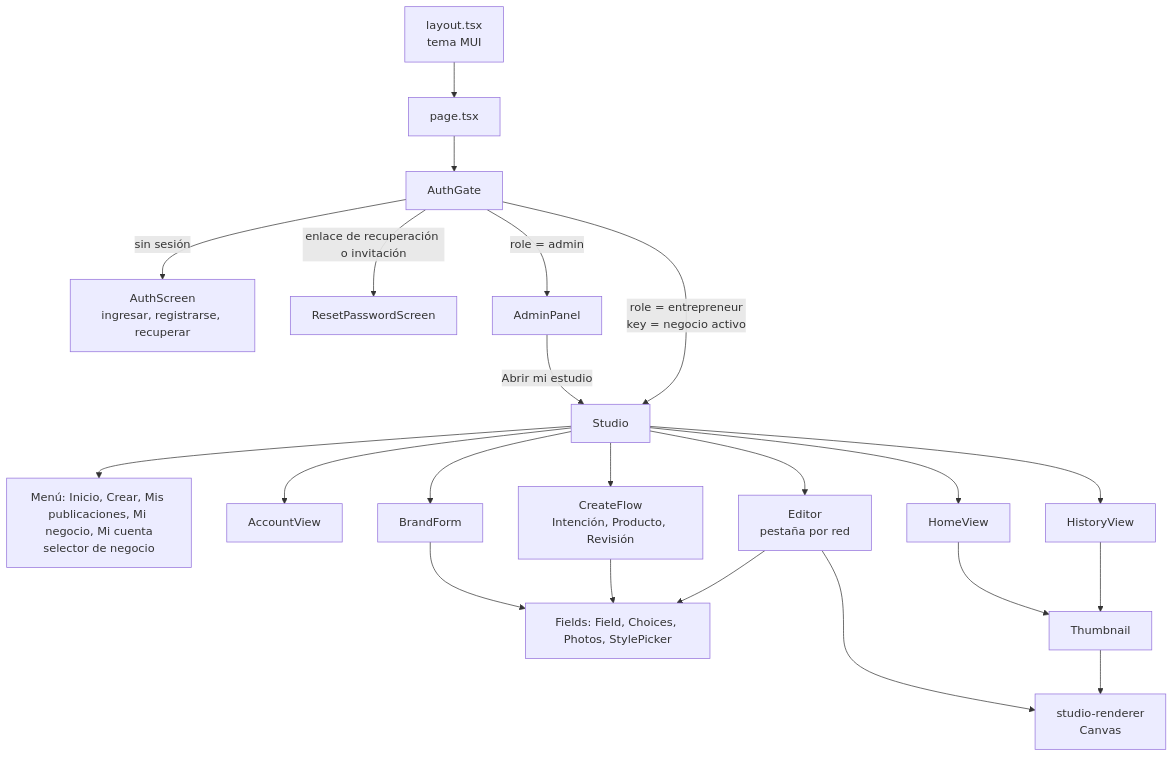
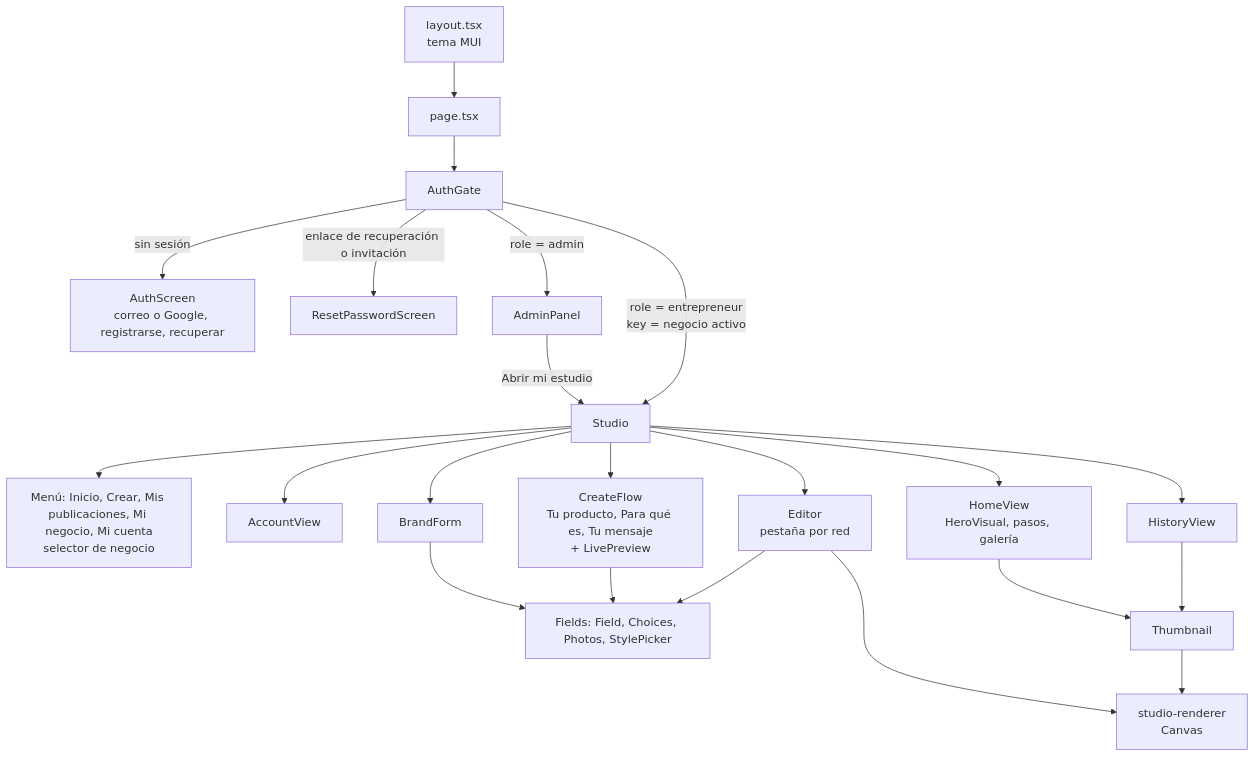
One commit to JeffersonVargasH/proj-automatizacion changed the fourth of 14 diagrams in README.md. Above: the diagram before and after it, drawn with Mermaid. The commit also changed other lines of this file and 20 other files, not shown here.

````diff
--- a/README.md
+++ b/README.md
@@ -317,24 +336,24 @@
 ```mermaid
 flowchart TD
   L["layout.tsx<br/>tema MUI"] --> P["page.tsx"] --> AG["AuthGate"]
-  AG -->|"sin sesión"| LOGIN["AuthScreen<br/>ingresar, registrarse, recuperar"]
+  AG -->|"sin sesión"| LOGIN["AuthScreen<br/>correo o Google, registrarse, recuperar"]
   AG -->|"enlace de recuperación o invitación"| RESET["ResetPasswordScreen"]
   AG -->|"role = admin"| ADM["AdminPanel"]
   ADM -->|"Abrir mi estudio"| ST
   AG -->|"role = entrepreneur<br/>key = negocio activo"| ST["Studio"]
 
   ST --> NAVM["Menú: Inicio, Crear, Mis publicaciones, Mi negocio, Mi cuenta<br/>selector de negocio"]
   ST --> AC["AccountView"]
-  ST --> HV["HomeView"]
+  ST --> HV["HomeView<br/>HeroVisual, pasos, galería"]
   ST --> BF["BrandForm"]
-  ST --> CF["CreateFlow<br/>Intención, Producto, Revisión"]
+  ST --> CF["CreateFlow<br/>Tu producto, Para qué es, Tu mensaje<br/>+ LivePreview"]
   ST --> ED["Editor<br/>pestaña por red"]
   ST --> HI["HistoryView"]
 
   BF --> F["Fields: Field, Choices, Photos, StylePicker"]
   CF --> F
   ED --> F
   ED --> R["studio-renderer<br/>Canvas"]
   HV --> TH["Thumbnail"] --> R
   HI --> TH
 ```
````
